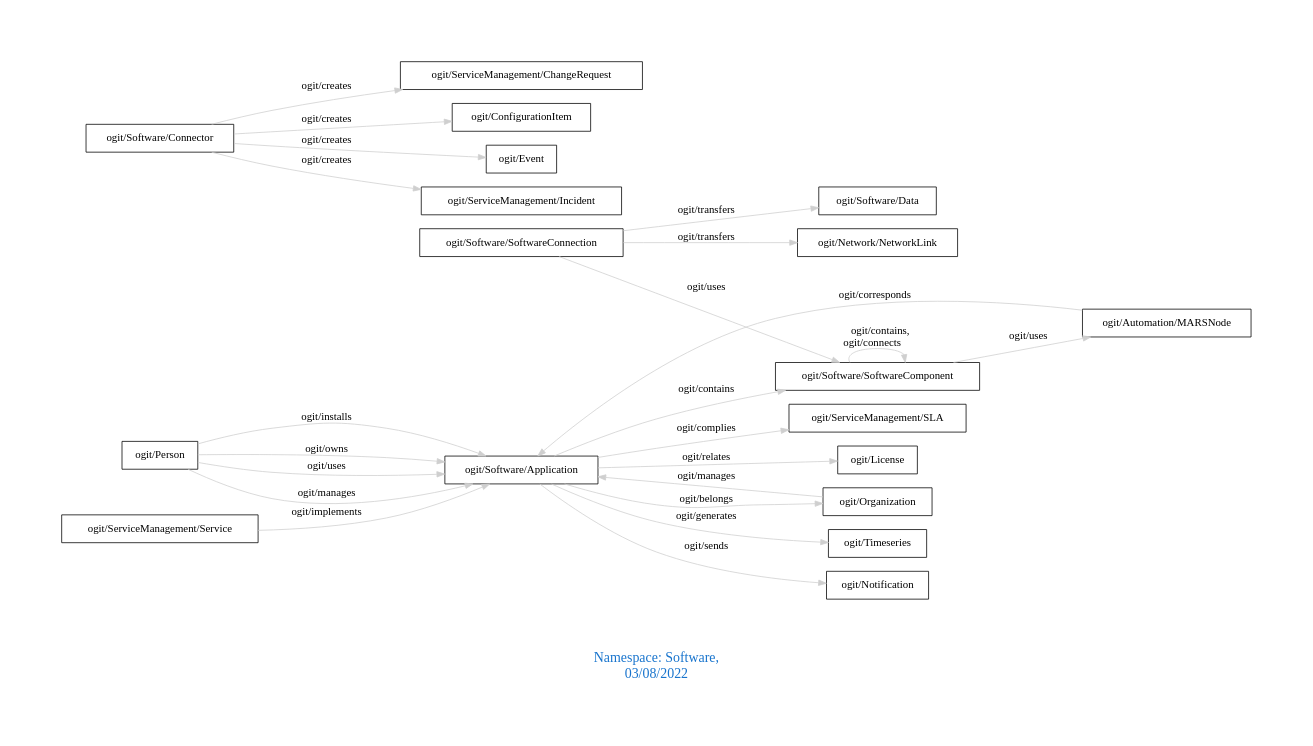
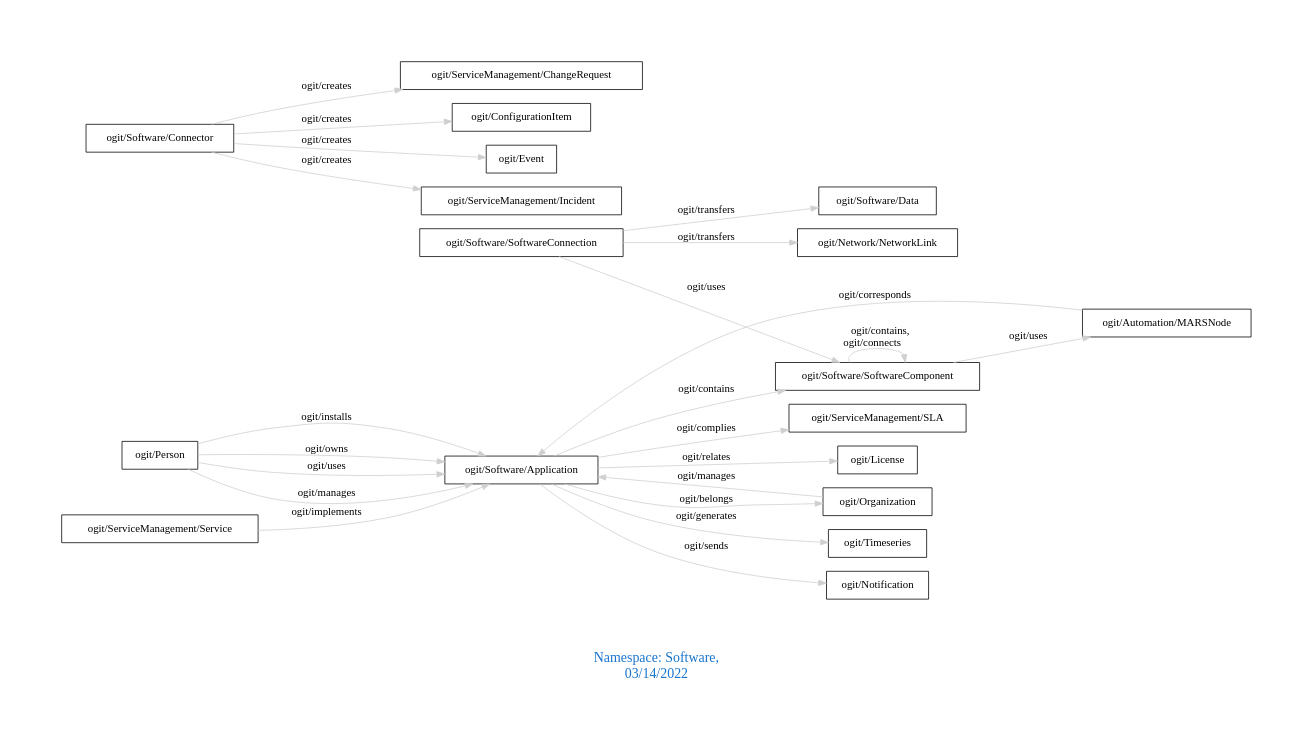
Before and after one commit to arago/OGIT: the diagram in downloads/Software.dot, drawn with Graphviz. The commit also changed 1906 other files, not shown here.

```diff
--- a/downloads/Software.dot
+++ b/downloads/Software.dot
@@ -1,30 +1,30 @@
 digraph OGIT_ontology {
  graph [ rankdir= LR,pad=1 
 fontsize = 18,
-fontcolor= dodgerblue3,label = "\n\n\nNamespace: Software, \n 03/08/2022"];
+fontcolor= dodgerblue3,label = "\n\n\nNamespace: Software, \n 03/14/2022"];
 node[shape=polygon];
 edge [  color="gray81"];
 
    "ogit/Software/Application" -> "ogit/Software/SoftwareComponent" [label="   ogit/contains    "];
    "ogit/Organization" -> "ogit/Software/Application" [label="   ogit/manages    "];
    "ogit/Person" -> "ogit/Software/Application" [label="   ogit/manages    "];
    "ogit/Software/Application" -> "ogit/Timeseries" [label="   ogit/generates    "];
    "ogit/Software/Application" -> "ogit/Notification" [label="   ogit/sends    "];
    "ogit/Software/Connector" -> "ogit/ServiceManagement/ChangeRequest" [label="   ogit/creates    "];
    "ogit/Software/Connector" -> "ogit/ConfigurationItem" [label="   ogit/creates    "];
    "ogit/Software/Connector" -> "ogit/Event" [label="   ogit/creates    "];
    "ogit/Software/Connector" -> "ogit/ServiceManagement/Incident" [label="   ogit/creates    "];
    "ogit/Software/Application" -> "ogit/ServiceManagement/SLA" [label="   ogit/complies    "];
    "ogit/Automation/MARSNode" -> "ogit/Software/Application" [label="   ogit/corresponds    "];
    "ogit/Person" -> "ogit/Software/Application" [label="   ogit/installs    "];
    "ogit/Software/SoftwareConnection" -> "ogit/Software/Data" [label="   ogit/transfers    "];
    "ogit/Software/SoftwareConnection" -> "ogit/Network/NetworkLink" [label="   ogit/transfers    "];
    "ogit/ServiceManagement/Service" -> "ogit/Software/Application" [label="   ogit/implements    "];
    "ogit/Person" -> "ogit/Software/Application" [label="   ogit/owns    "];
    "ogit/Software/Application" -> "ogit/Organization" [label="   ogit/belongs    "];
    "ogit/Software/SoftwareComponent" -> "ogit/Automation/MARSNode" [label="   ogit/uses    "];
    "ogit/Software/SoftwareConnection" -> "ogit/Software/SoftwareComponent" [label="   ogit/uses    "];
    "ogit/Person" -> "ogit/Software/Application" [label="   ogit/uses    "];
    "ogit/Software/Application" -> "ogit/License" [label="   ogit/relates    "];
    "ogit/Software/SoftwareComponent" -> "ogit/Software/SoftwareComponent" [label="   ogit/contains, \n ogit/connects    "];
 }
```
